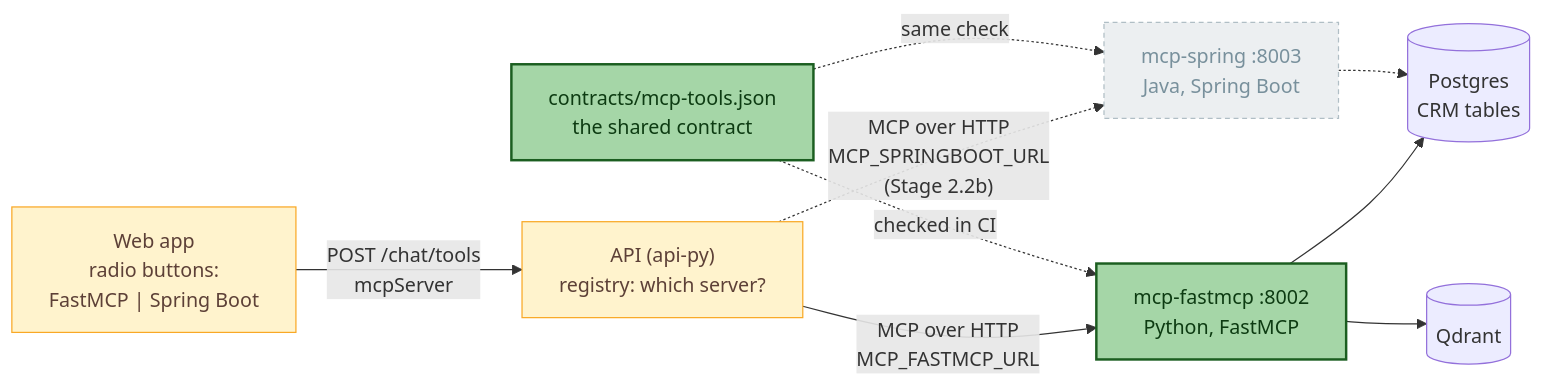
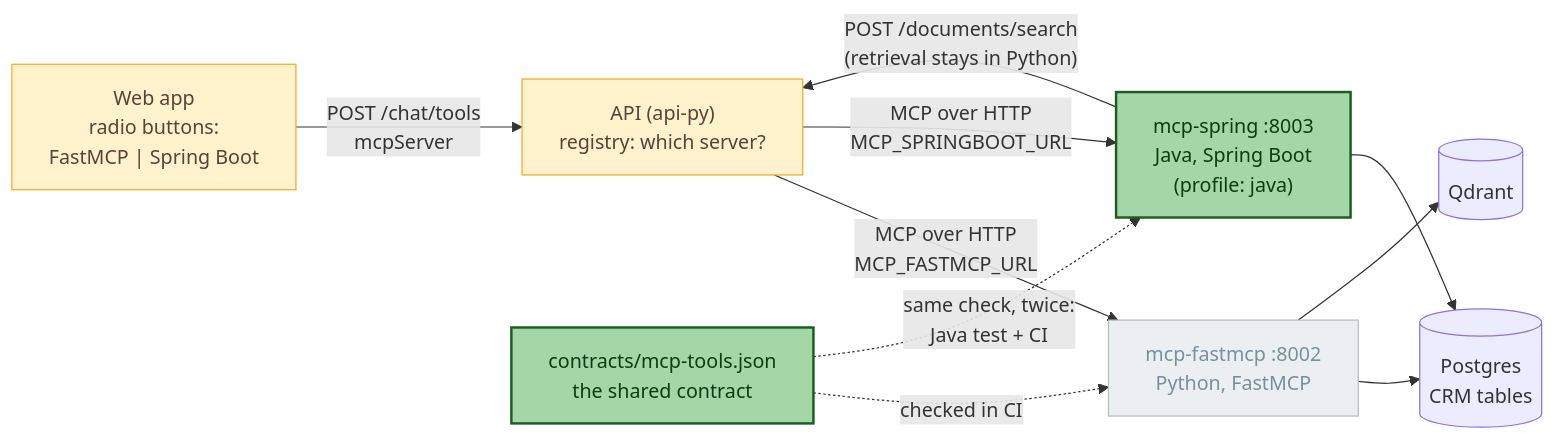
Before and after one commit to dsailajakrishna0-ship-it/customer-compass-v3: the diagram in docs/diagrams/stage2-mcp-topology.mmd, drawn with Mermaid. The commit also changed 43 other files, not shown here.

First line of the commit message:
Stage 2.2b: Spring Boot MCP server (Java twin of the four tools) (#32)

```diff
--- a/docs/diagrams/stage2-mcp-topology.mmd
+++ b/docs/diagrams/stage2-mcp-topology.mmd
@@ -1,15 +1,16 @@
 flowchart LR
     W["Web app<br/>radio buttons:<br/>FastMCP | Spring Boot"] -->|"POST /chat/tools<br/>mcpServer"| A
     A["API (api-py)<br/>registry: which server?"] -->|"MCP over HTTP<br/>MCP_FASTMCP_URL"| F["mcp-fastmcp :8002<br/>Python, FastMCP"]
-    A -.->|"MCP over HTTP<br/>MCP_SPRINGBOOT_URL<br/>(Stage 2.2b)"| J["mcp-spring :8003<br/>Java, Spring Boot"]
+    A -->|"MCP over HTTP<br/>MCP_SPRINGBOOT_URL"| J["mcp-spring :8003<br/>Java, Spring Boot<br/>(profile: java)"]
     F --> P[("Postgres<br/>CRM tables")]
     F --> Q[("Qdrant")]
-    J -.-> P
+    J --> P
+    J -->|"POST /documents/search<br/>(retrieval stays in Python)"| A
     C["contracts/mcp-tools.json<br/>the shared contract"] -.->|"checked in CI"| F
-    C -.->|"same check"| J
+    C -.->|"same check, twice:<br/>Java test + CI"| J
     classDef now fill:#a5d6a7,stroke:#1b5e20,stroke-width:2px,color:#0d3b12
-    classDef later fill:#eceff1,stroke:#b0bec5,stroke-dasharray:4 3,color:#78909c
     classDef old fill:#fff3cd,stroke:#f9a825,color:#5d4037
-    class F,C now
-    class J later
+    classDef grey fill:#eceff1,stroke:#b0bec5,color:#78909c
+    class J,C now
     class W,A old
+    class F grey
```
